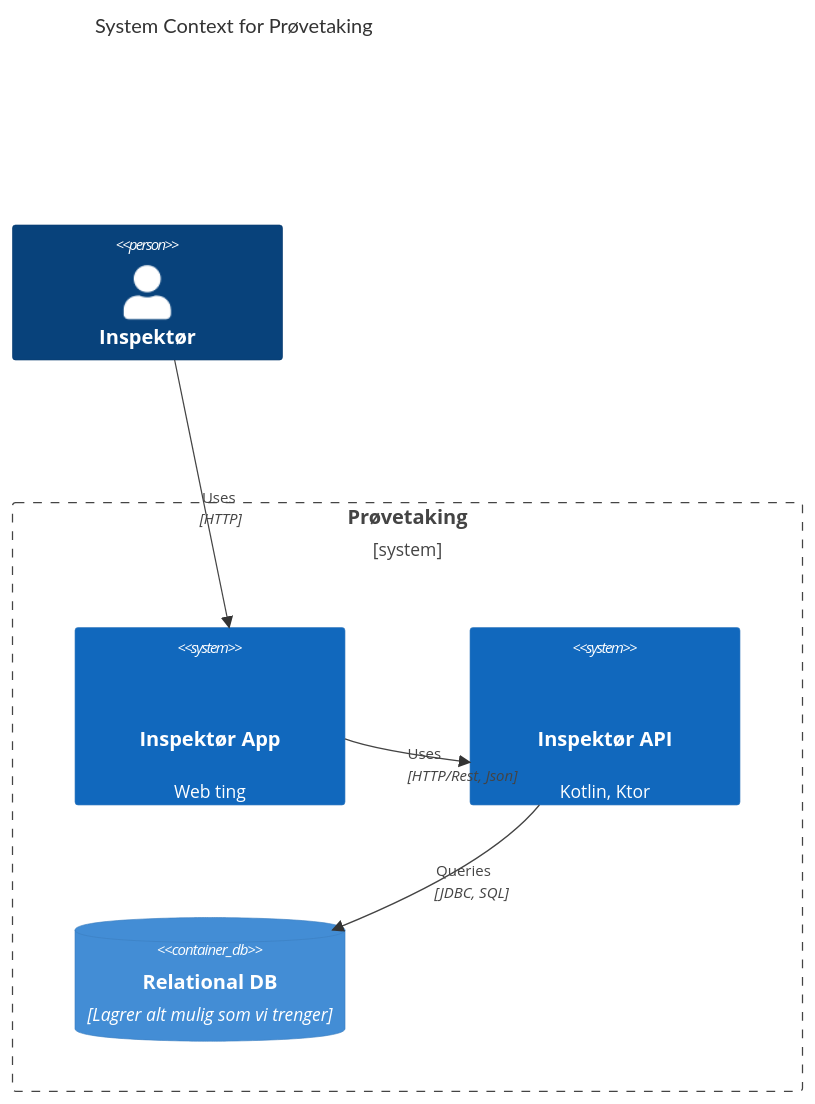
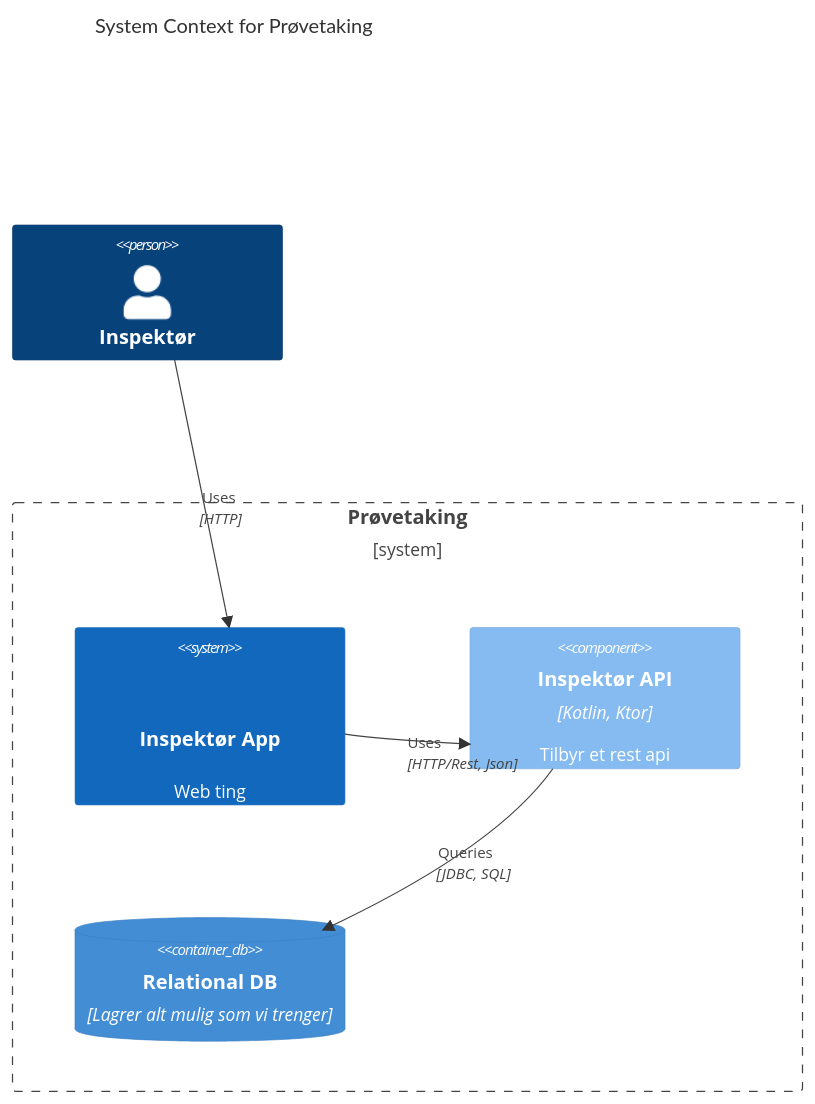
Before and after one commit to jankb/kotlintest: the diagram in docs/design.md, drawn with Mermaid.

````diff
--- a/docs/design.md
+++ b/docs/design.md
@@ -3,17 +3,17 @@
 ```mermaid
 C4Context
  title System Context for Prøvetaking
  Person(inspektor, "Inspektør")
  
  Boundary(system, "Prøvetaking")
  {
    System(inspApp, "Inspektør App", "Web ting","Lar inspektøren gjøre det som trengs")
-   System(inspApi, "Inspektør API", "Kotlin, Ktor", "Tilbyr et rest api")
+   Component(inspApi, "Inspektør API", "Kotlin, Ktor", "Tilbyr et rest api")
    ContainerDb(database, "Relational DB", "Lagrer alt mulig som vi trenger")
  }
  
  Rel(inspektor, inspApp, "Uses", "HTTP")
  Rel(inspApp,  inspApi, "Uses", "HTTP/Rest, Json")
  Rel(inspApi, database, "Queries", "JDBC, SQL")
 
 ```
````
